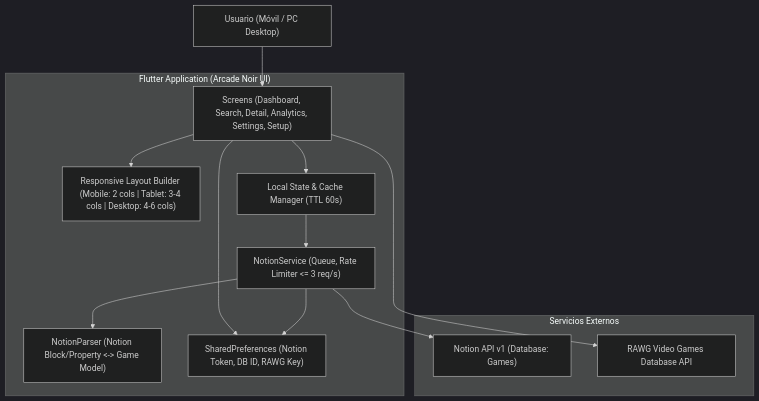
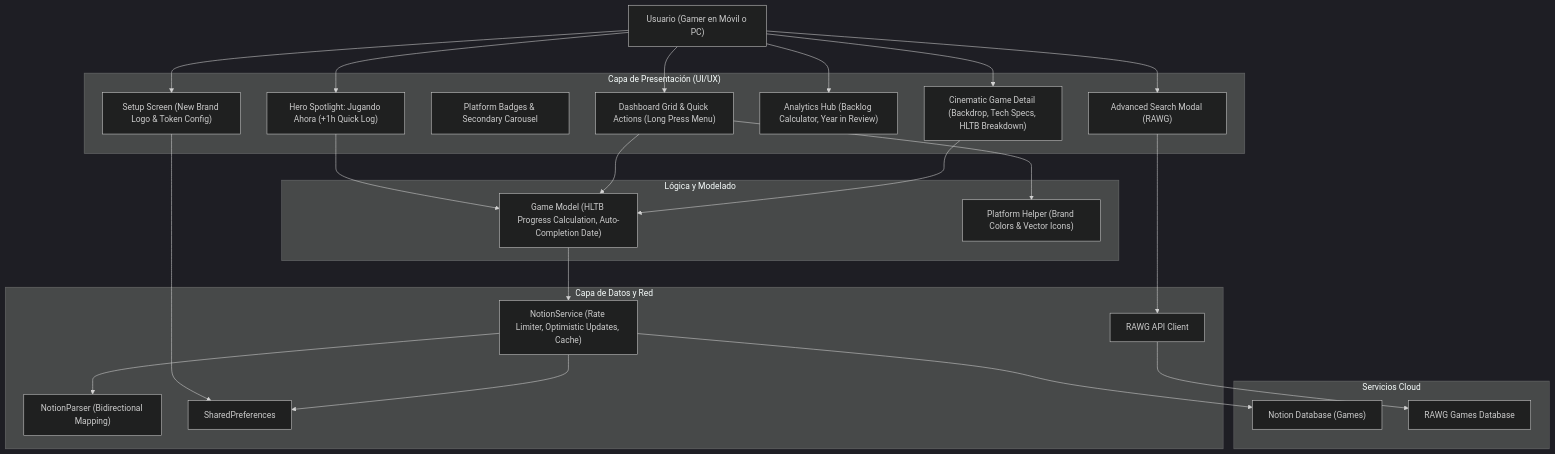
Before and after one commit to VICTOREB13/App-Game-Tracker: the diagram in artifacts/architecture/architecture.md, drawn with Mermaid (dark theme). The commit also changed other lines of this file and 11 other files, not shown here.

Commit message:
feat(v2.2.0): implement Gamer Hub features (Hero Spotlight, zero-friction logging, platform badges & filter, cinematic detail, backlog analytics, minimalist logo)

````diff
--- a/artifacts/architecture/architecture.md
+++ b/artifacts/architecture/architecture.md
@@ -25,28 +25,51 @@
 ```mermaid
 graph TD
-    User["Usuario (Móvil / PC Desktop)"]
-    
-    subgraph FlutterApp["Flutter Application (Arcade Noir UI)"]
-        UI["Screens (Dashboard, Search, Detail, Analytics, Settings, Setup)"]
-        RespGrid["Responsive Layout Builder (Mobile: 2 cols | Tablet: 3-4 cols | Desktop: 4-6 cols)"]
-        State["Local State & Cache Manager (TTL 60s)"]
-        NotionSvc["NotionService (Queue, Rate Limiter <= 3 req/s)"]
-        Parser["NotionParser (Notion Block/Property <-> Game Model)"]
-        Prefs["SharedPreferences (Notion Token, DB ID, RAWG Key)"]
-    end
-    
-    subgraph ExternalServices["Servicios Externos"]
-        NotionAPI["Notion API v1 (Database: Games)"]
-        RAWGAPI["RAWG Video Games Database API"]
+    User["Usuario (Gamer en Móvil o PC)"]
+
+    subgraph Presentation["Capa de Presentación (UI/UX)"]
+        HeroBanner["Hero Spotlight: Jugando Ahora (+1h Quick Log)"]
+        DashGrid["Dashboard Grid & Quick Actions (Long Press Menu)"]
+        PlatformFilter["Platform Badges & Secondary Carousel"]
+        DetailCinematic["Cinematic Game Detail (Backdrop, Tech Specs, HLTB Breakdown)"]
+        AnalyticsHub["Analytics Hub (Backlog Calculator, Year in Review)"]
+        SearchModal["Advanced Search Modal (RAWG)"]
+        Setup["Setup Screen (New Brand Logo & Token Config)"]
     end
 
-    User --> UI
-    UI --> RespGrid
-    UI --> State
-    State --> NotionSvc
-    NotionSvc --> Parser
-    NotionSvc --> NotionAPI
-    UI --> RAWGAPI
-    UI --> Prefs
-    NotionSvc --> Prefs
+    subgraph Domain["Lógica y Modelado"]
+        GameModel["Game Model (HLTB Progress Calculation, Auto-Completion Date)"]
+        PlatformHelper["Platform Helper (Brand Colors & Vector Icons)"]
+    end
+
+    subgraph Data["Capa de Datos y Red"]
+        NotionSvc["NotionService (Rate Limiter, Optimistic Updates, Cache)"]
+        NotionParser["NotionParser (Bidirectional Mapping)"]
+        RAWGSvc["RAWG API Client"]
+        LocalPrefs["SharedPreferences"]
+    end
+
+    subgraph Cloud["Servicios Cloud"]
+        NotionDB["Notion Database (Games)"]
+        RAWGCloud["RAWG Games Database"]
+    end
+
+    User --> HeroBanner
+    User --> DashGrid
+    User --> DetailCinematic
+    User --> AnalyticsHub
+    User --> SearchModal
+    User --> Setup
+
+    HeroBanner --> GameModel
+    DashGrid --> GameModel
+    DetailCinematic --> GameModel
+    DashGrid --> PlatformHelper
+    
+    GameModel --> NotionSvc
+    SearchModal --> RAWGSvc
+    NotionSvc --> NotionParser
+    NotionSvc --> NotionDB
+    RAWGSvc --> RAWGCloud
+    Setup --> LocalPrefs
+    NotionSvc --> LocalPrefs
 ```
````
